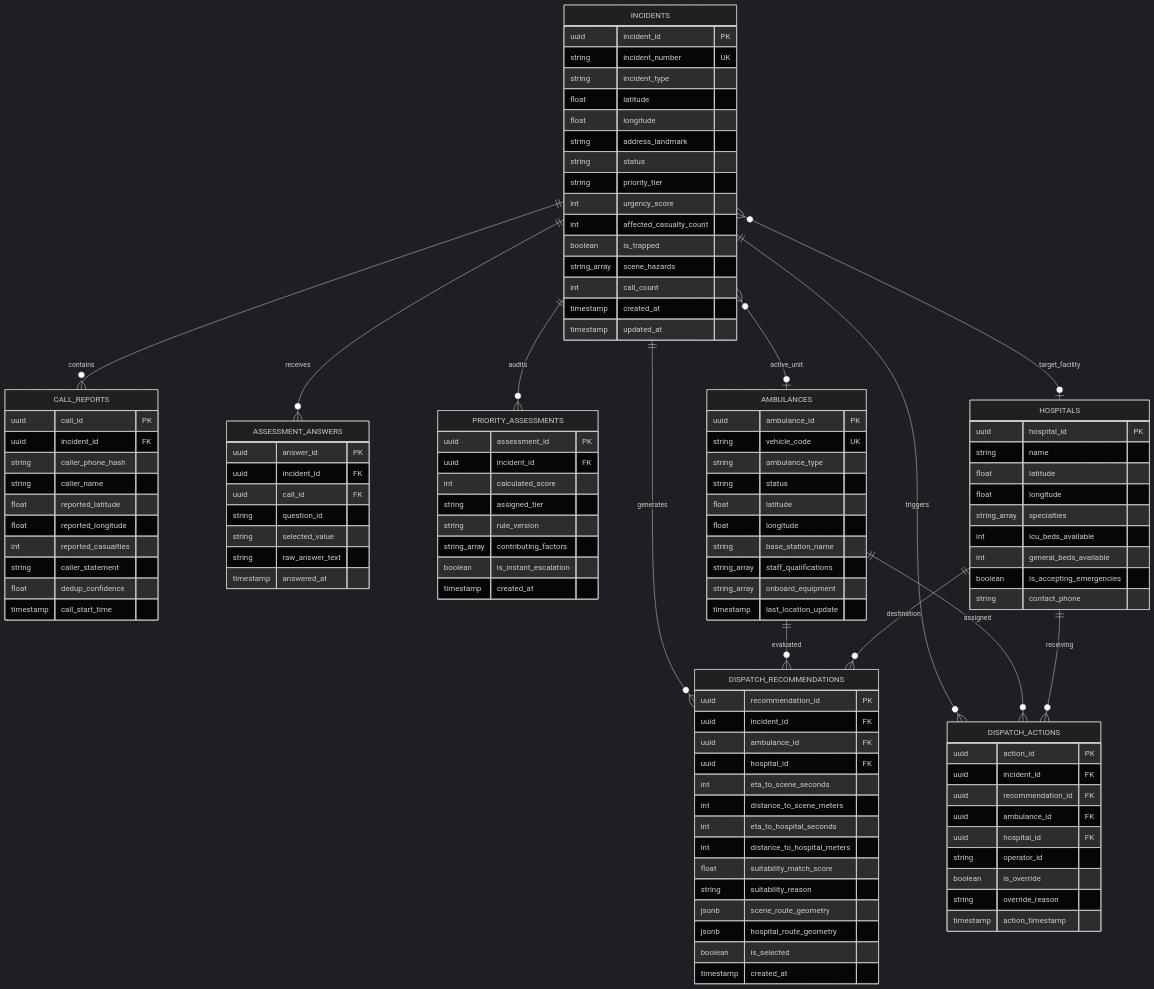
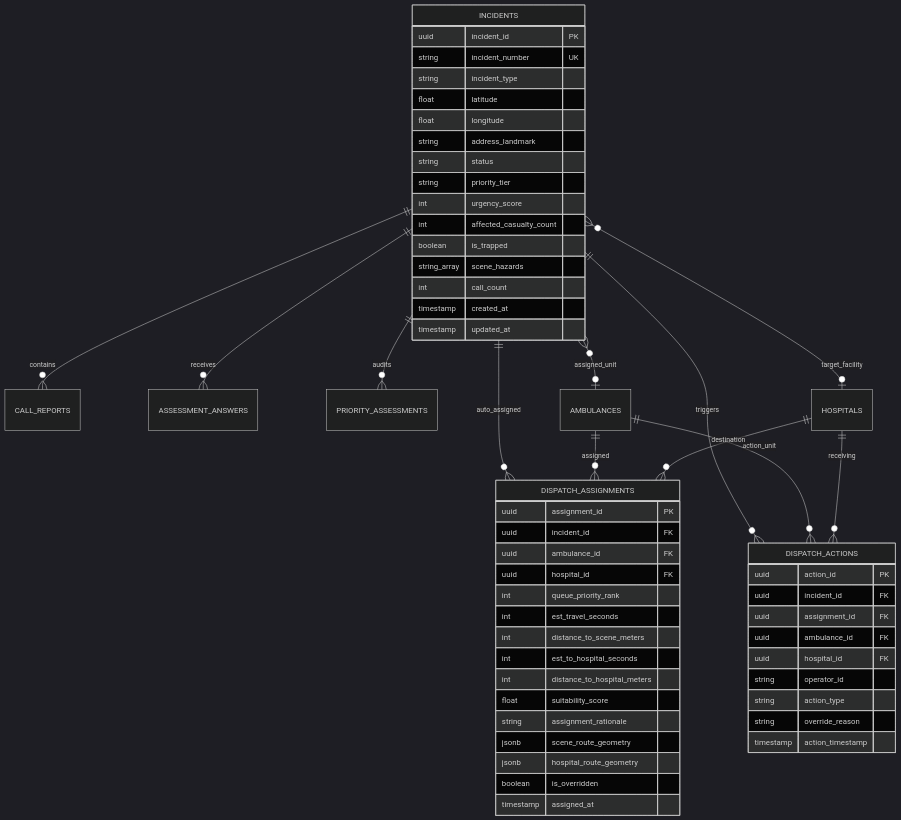
Before and after one commit to 26sakthi/Priority-108: the fourth of 4 diagrams in SYSTEM_ARCHITECTURE.md, drawn with Mermaid (dark theme). The commit also changed other lines of this file and 4 other files, not shown here.

Commit message:
docs: update PRD, architecture, plan, and responsibilities for automatic ambulance assignment

```diff
--- a/SYSTEM_ARCHITECTURE.md
+++ b/SYSTEM_ARCHITECTURE.md
@@ -360,14 +205,14 @@
     INCIDENTS ||--o{ CALL_REPORTS : "contains"
     INCIDENTS ||--o{ ASSESSMENT_ANSWERS : "receives"
     INCIDENTS ||--o{ PRIORITY_ASSESSMENTS : "audits"
-    INCIDENTS ||--o{ DISPATCH_RECOMMENDATIONS : "generates"
+    INCIDENTS ||--o{ DISPATCH_ASSIGNMENTS : "auto_assigned"
     INCIDENTS ||--o{ DISPATCH_ACTIONS : "triggers"
-    INCIDENTS }o--o| AMBULANCES : "active_unit"
+    INCIDENTS }o--o| AMBULANCES : "assigned_unit"
     INCIDENTS }o--o| HOSPITALS : "target_facility"
 
-    AMBULANCES ||--o{ DISPATCH_RECOMMENDATIONS : "evaluated"
-    AMBULANCES ||--o{ DISPATCH_ACTIONS : "assigned"
-    HOSPITALS ||--o{ DISPATCH_RECOMMENDATIONS : "destination"
+    AMBULANCES ||--o{ DISPATCH_ASSIGNMENTS : "assigned"
+    AMBULANCES ||--o{ DISPATCH_ACTIONS : "action_unit"
+    HOSPITALS ||--o{ DISPATCH_ASSIGNMENTS : "destination"
     HOSPITALS ||--o{ DISPATCH_ACTIONS : "receiving"
 
     INCIDENTS {
@@ -388,90 +233,32 @@
         timestamp updated_at
     }
 
-    CALL_REPORTS {
-        uuid call_id PK
-        uuid incident_id FK
-        string caller_phone_hash
-        string caller_name
-        float reported_latitude
-        float reported_longitude
-        int reported_casualties
-        string caller_statement
-        float dedup_confidence
-        timestamp call_start_time
-    }
-
-    ASSESSMENT_ANSWERS {
-        uuid answer_id PK
-        uuid incident_id FK
-        uuid call_id FK
-        string question_id
-        string selected_value
-        string raw_answer_text
-        timestamp answered_at
-    }
-
-    PRIORITY_ASSESSMENTS {
-        uuid assessment_id PK
-        uuid incident_id FK
-        int calculated_score
-        string assigned_tier
-        string rule_version
-        string_array contributing_factors
-        boolean is_instant_escalation
-        timestamp created_at
-    }
-
-    AMBULANCES {
-        uuid ambulance_id PK
-        string vehicle_code UK
-        string ambulance_type
-        string status
-        float latitude
-        float longitude
-        string base_station_name
-        string_array staff_qualifications
-        string_array onboard_equipment
-        timestamp last_location_update
-    }
-
-    HOSPITALS {
-        uuid hospital_id PK
-        string name
-        float latitude
-        float longitude
-        string_array specialties
-        int icu_beds_available
-        int general_beds_available
-        boolean is_accepting_emergencies
-        string contact_phone
-    }
-
-    DISPATCH_RECOMMENDATIONS {
-        uuid recommendation_id PK
+    DISPATCH_ASSIGNMENTS {
+        uuid assignment_id PK
         uuid incident_id FK
         uuid ambulance_id FK
         uuid hospital_id FK
-        int eta_to_scene_seconds
+        int queue_priority_rank
+        int est_travel_seconds
         int distance_to_scene_meters
-        int eta_to_hospital_seconds
+        int est_to_hospital_seconds
         int distance_to_hospital_meters
-        float suitability_match_score
-        string suitability_reason
+        float suitability_score
+        string assignment_rationale
         jsonb scene_route_geometry
         jsonb hospital_route_geometry
-        boolean is_selected
-        timestamp created_at
+        boolean is_overridden
+        timestamp assigned_at
     }
 
     DISPATCH_ACTIONS {
         uuid action_id PK
         uuid incident_id FK
-        uuid recommendation_id FK
+        uuid assignment_id FK
         uuid ambulance_id FK
         uuid hospital_id FK
         string operator_id
-        boolean is_override
+        string action_type
         string override_reason
         timestamp action_timestamp
     }
```
